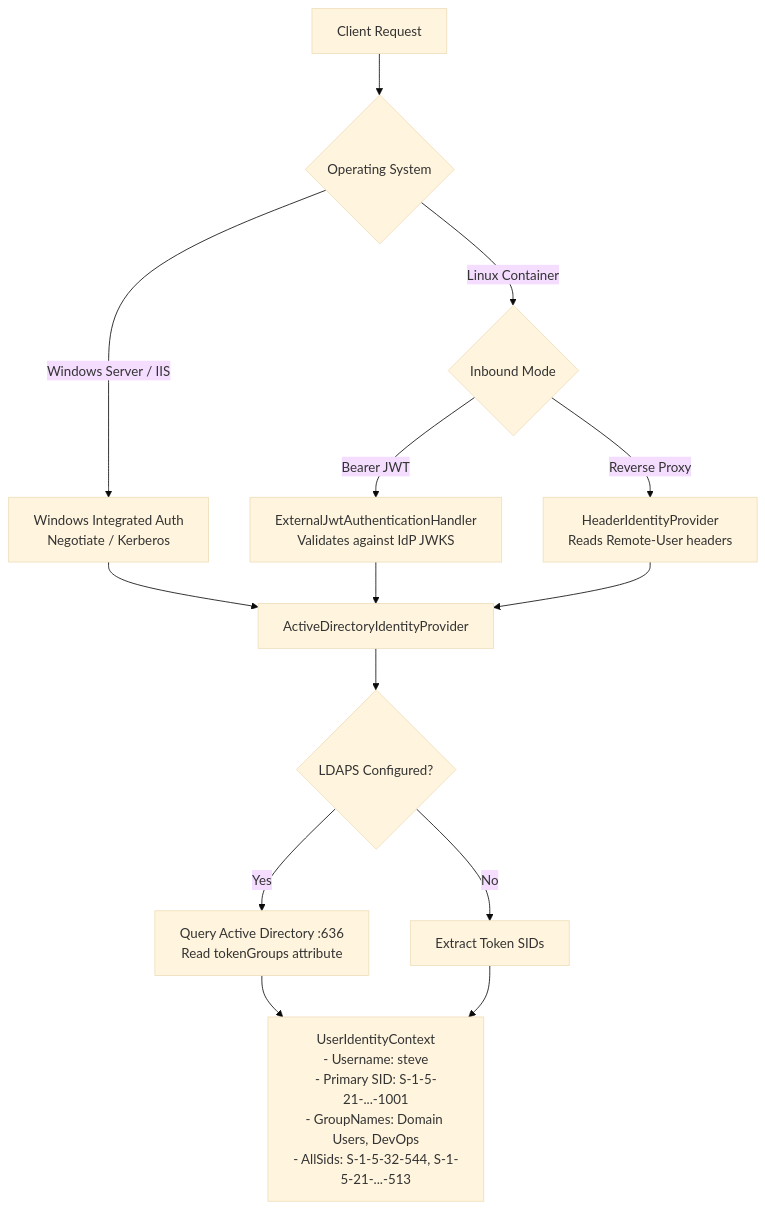
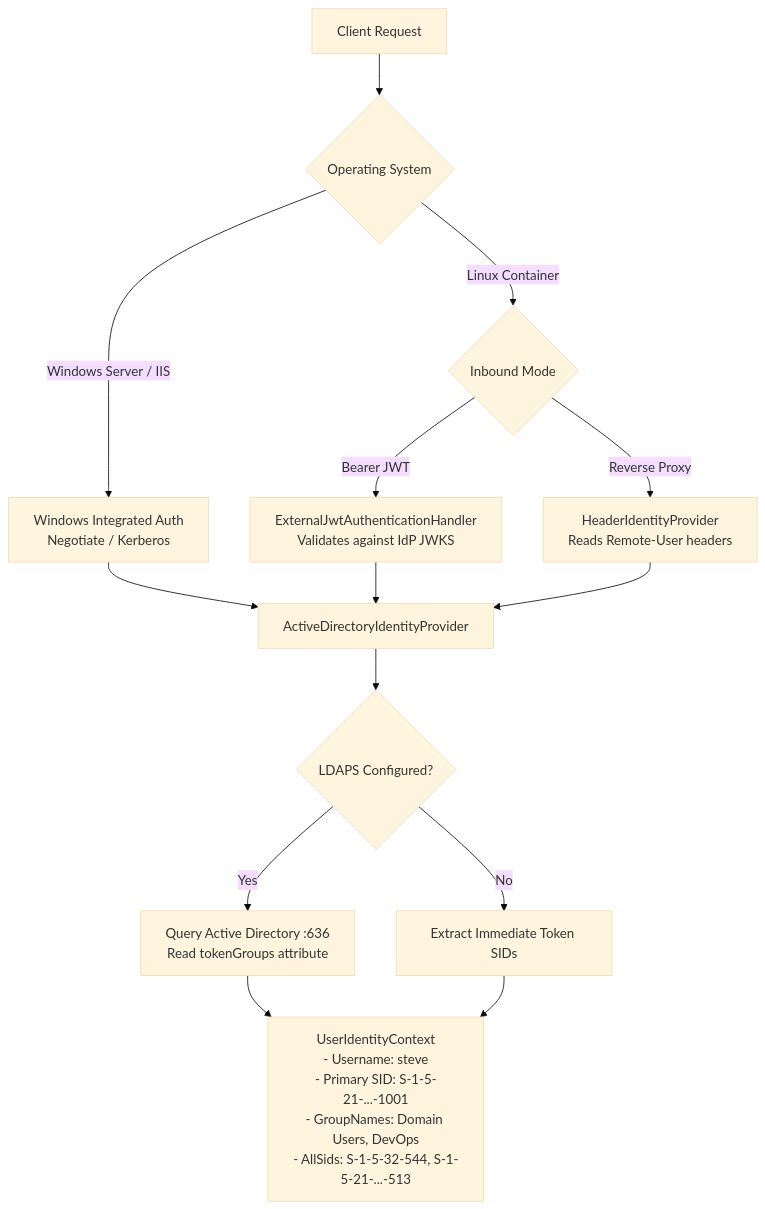
The diagram in docs/active-directory-and-rbac-guide.md (spelech/model-context-gateway), drawn with Mermaid (base theme) before and after one commit. The commit also changed other lines of this file and 11 other files, not shown here.

````diff
--- a/docs/active-directory-and-rbac-guide.md
+++ b/docs/active-directory-and-rbac-guide.md
@@ -17,21 +26,21 @@
 ```mermaid
 flowchart TD
     Client[Client Request] --> EnvCheck{Operating System}
     
     EnvCheck -->|Windows Server / IIS| WinAuth[Windows Integrated Auth<br>Negotiate / Kerberos]
     EnvCheck -->|Linux Container| LinuxAuth{Inbound Mode}
     
     LinuxAuth -->|Bearer JWT| ExtJwt[ExternalJwtAuthenticationHandler<br>Validates against IdP JWKS]
     LinuxAuth -->|Reverse Proxy| HeaderAuth[HeaderIdentityProvider<br>Reads Remote-User headers]
     
     WinAuth --> ADProv[ActiveDirectoryIdentityProvider]
     ExtJwt --> ADProv
     HeaderAuth --> ADProv
     
     ADProv --> LdapCheck{LDAPS Configured?}
     LdapCheck -->|Yes| LdapQuery[Query Active Directory :636<br>Read tokenGroups attribute]
-    LdapCheck -->|No| TokenOnly[Extract Token SIDs]
+    LdapCheck -->|No| TokenOnly[Extract Immediate Token SIDs]
     
     LdapQuery --> Context[UserIdentityContext<br>- Username: steve<br>- Primary SID: S-1-5-21-...-1001<br>- GroupNames: Domain Users, DevOps<br>- AllSids: S-1-5-32-544, S-1-5-21-...-513]
     TokenOnly --> Context
 ```
````
